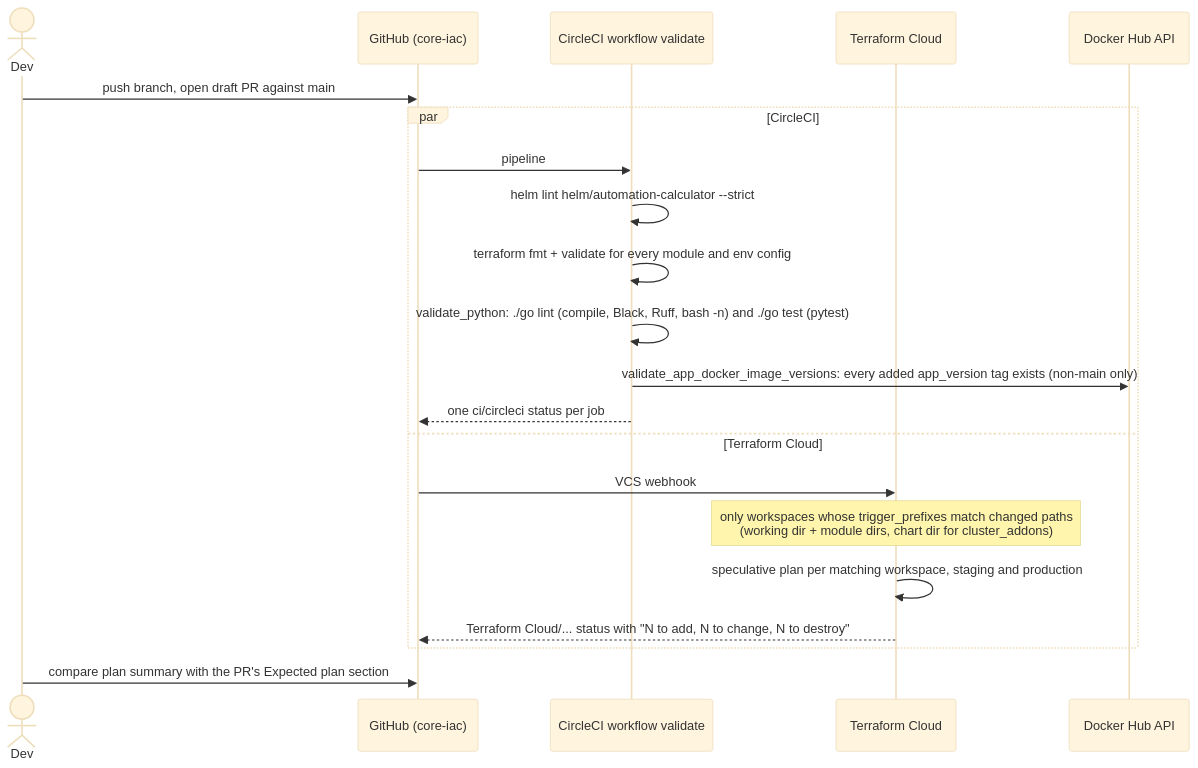
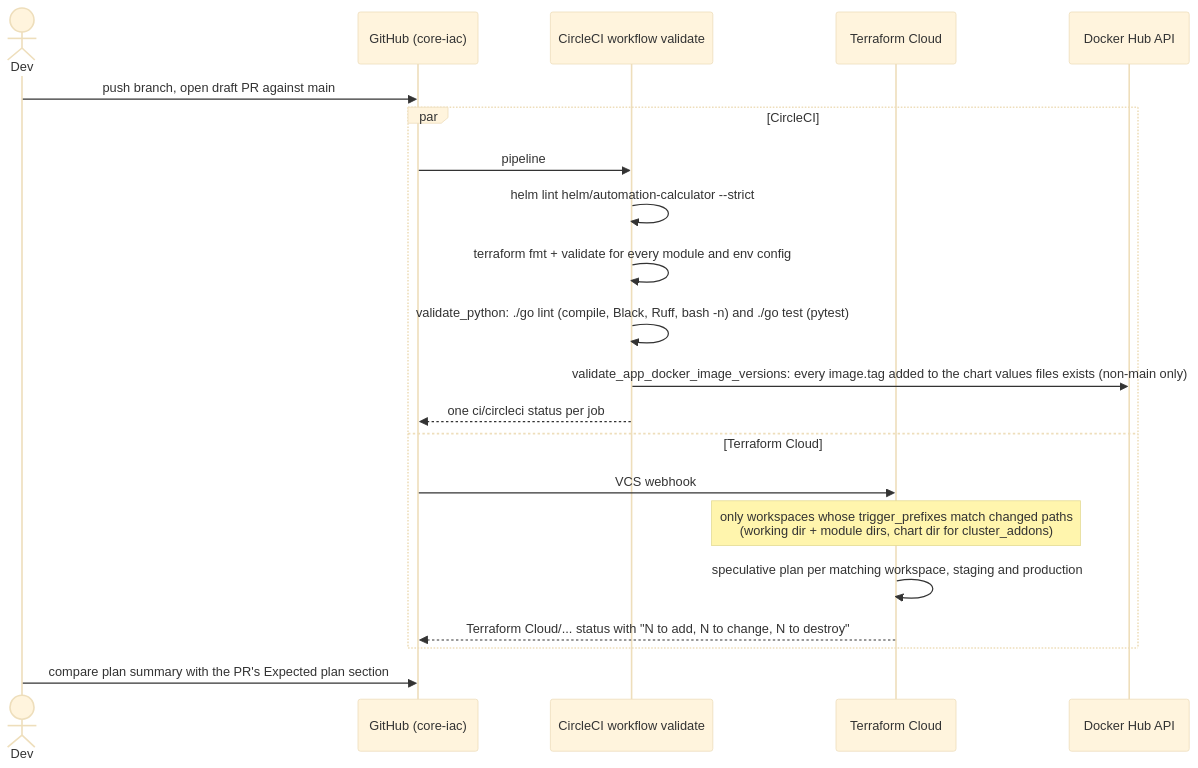
One commit to team-automation-calculator/core-iac changed the third of 4 diagrams in docs/architecture/deploy-and-validate.md. Above: the diagram before and after it, drawn with Mermaid (base theme). The commit also changed other lines of this file and 1 other file, not shown here.

Commit message:
Architecture docs: image bump edits values-<env>.yaml, secrets are required chart values
Carries the phase 1 values layering into the diagrams main added in #439.

````diff
--- a/docs/architecture/deploy-and-validate.md
+++ b/docs/architecture/deploy-and-validate.md
@@ -69,24 +69,24 @@
 ```mermaid
 sequenceDiagram
     actor Dev
     participant GH as GitHub (core-iac)
     participant CCI as CircleCI workflow validate
     participant TFC as Terraform Cloud
     participant DH as Docker Hub API
 
     Dev->>GH: push branch, open draft PR against main
     par CircleCI
         GH->>CCI: pipeline
         CCI->>CCI: helm lint helm/automation-calculator --strict
         CCI->>CCI: terraform fmt + validate for every module and env config
         CCI->>CCI: validate_python: ./go lint (compile, Black, Ruff, bash -n) and ./go test (pytest)
-        CCI->>DH: validate_app_docker_image_versions: every added app_version tag exists (non-main only)
+        CCI->>DH: validate_app_docker_image_versions: every image.tag added to the chart values files exists (non-main only)
         CCI-->>GH: one ci/circleci status per job
     and Terraform Cloud
         GH->>TFC: VCS webhook
         Note over TFC: only workspaces whose trigger_prefixes match changed paths<br/>(working dir + module dirs, chart dir for cluster_addons)
         TFC->>TFC: speculative plan per matching workspace, staging and production
         TFC-->>GH: Terraform Cloud/... status with "N to add, N to change, N to destroy"
     end
     Dev->>GH: compare plan summary with the PR's Expected plan section
 ```
````
